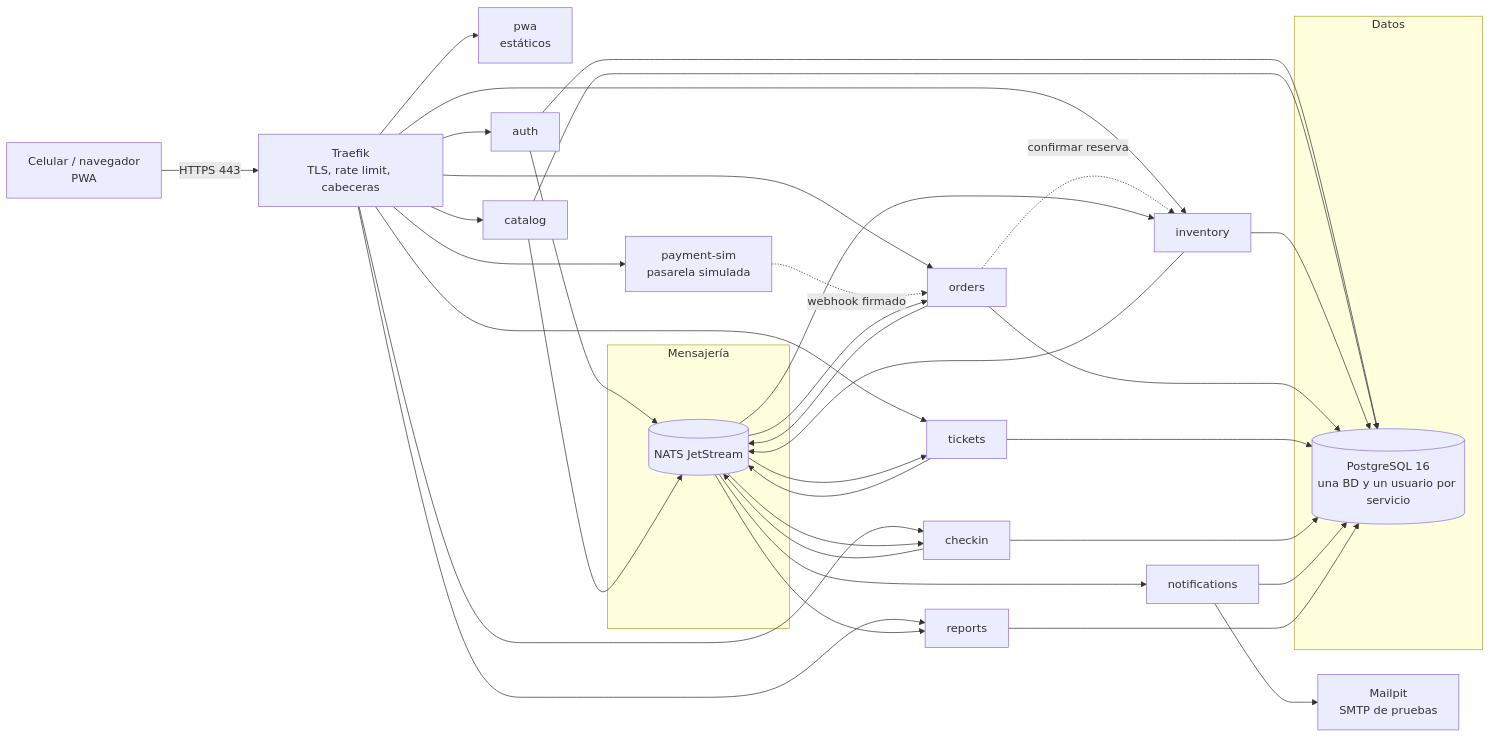
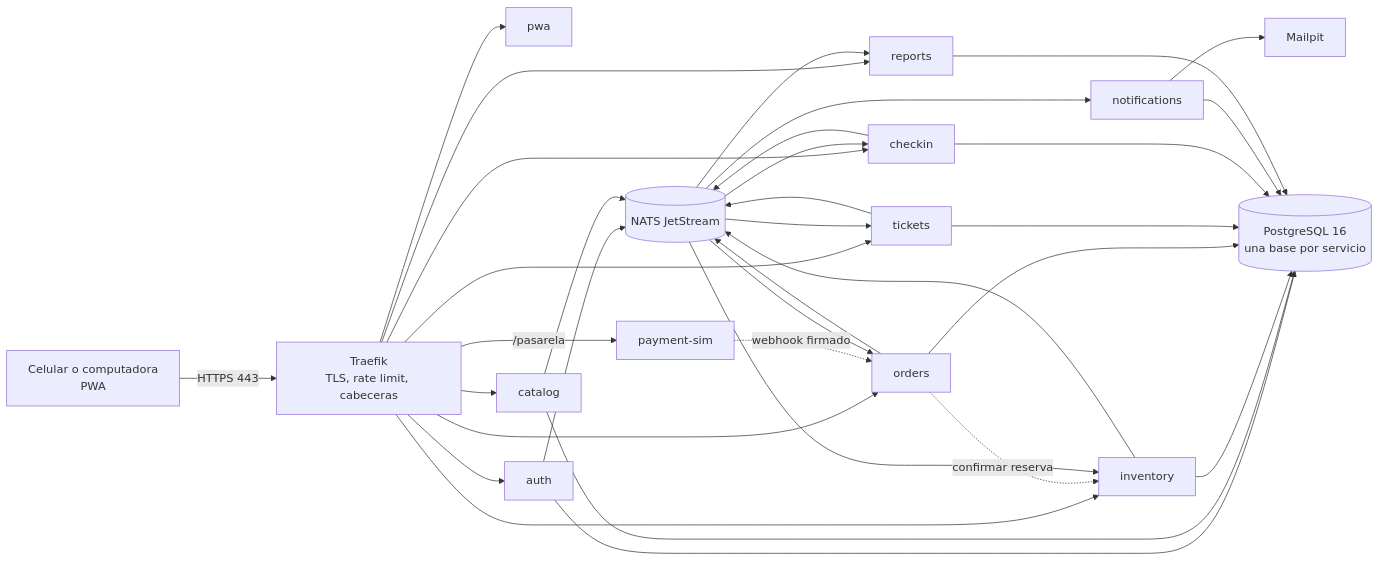
The first of 2 diagrams in docs/arquitectura.md (CesarLoor/plataforma-gestion-eventos), drawn with Mermaid before and after one commit. The commit also changed other lines of this file and 4 other files, not shown here.

````diff
--- a/docs/arquitectura.md
+++ b/docs/arquitectura.md
@@ -34,25 +57,13 @@
 ```mermaid
 flowchart LR
-  U[Celular / navegador<br/>PWA] -->|HTTPS 443| T[Traefik<br/>TLS, rate limit, cabeceras]
-  T --> PWA[pwa<br/>estáticos]
-  T --> AUTH[auth]
-  T --> CAT[catalog]
-  T --> INV[inventory]
-  T --> ORD[orders]
-  T --> TIC[tickets]
-  T --> CHK[checkin]
-  T --> REP[reports]
-  T --> PAY[payment-sim<br/>pasarela simulada]
+  U[Celular o computadora<br/>PWA] -->|HTTPS 443| T[Traefik<br/>TLS, rate limit, cabeceras]
+  T --> PWA[pwa]
+  T --> AUTH[auth] & CAT[catalog] & INV[inventory] & ORD[orders] & TIC[tickets] & CHK[checkin] & REP[reports]
+  T -->|/pasarela| PAY[payment-sim]
   PAY -. webhook firmado .-> ORD
   ORD -. confirmar reserva .-> INV
-  subgraph Mensajería
-    N[(NATS JetStream)]
-  end
-  AUTH & CAT & INV & ORD & TIC & CHK --> N
-  N --> NOT[notifications] --> M[Mailpit<br/>SMTP de pruebas]
+  AUTH & CAT & INV & ORD & TIC & CHK --> N[(NATS JetStream)]
+  N --> NOT[notifications] --> M[Mailpit]
   N --> REP & INV & ORD & TIC & CHK
-  subgraph Datos
-    PG[(PostgreSQL 16<br/>una BD y un usuario por servicio)]
-  end
-  AUTH & CAT & INV & ORD & TIC & CHK & NOT & REP --> PG
+  AUTH & CAT & INV & ORD & TIC & CHK & NOT & REP --> PG[(PostgreSQL 16<br/>una base por servicio)]
 ```
````
